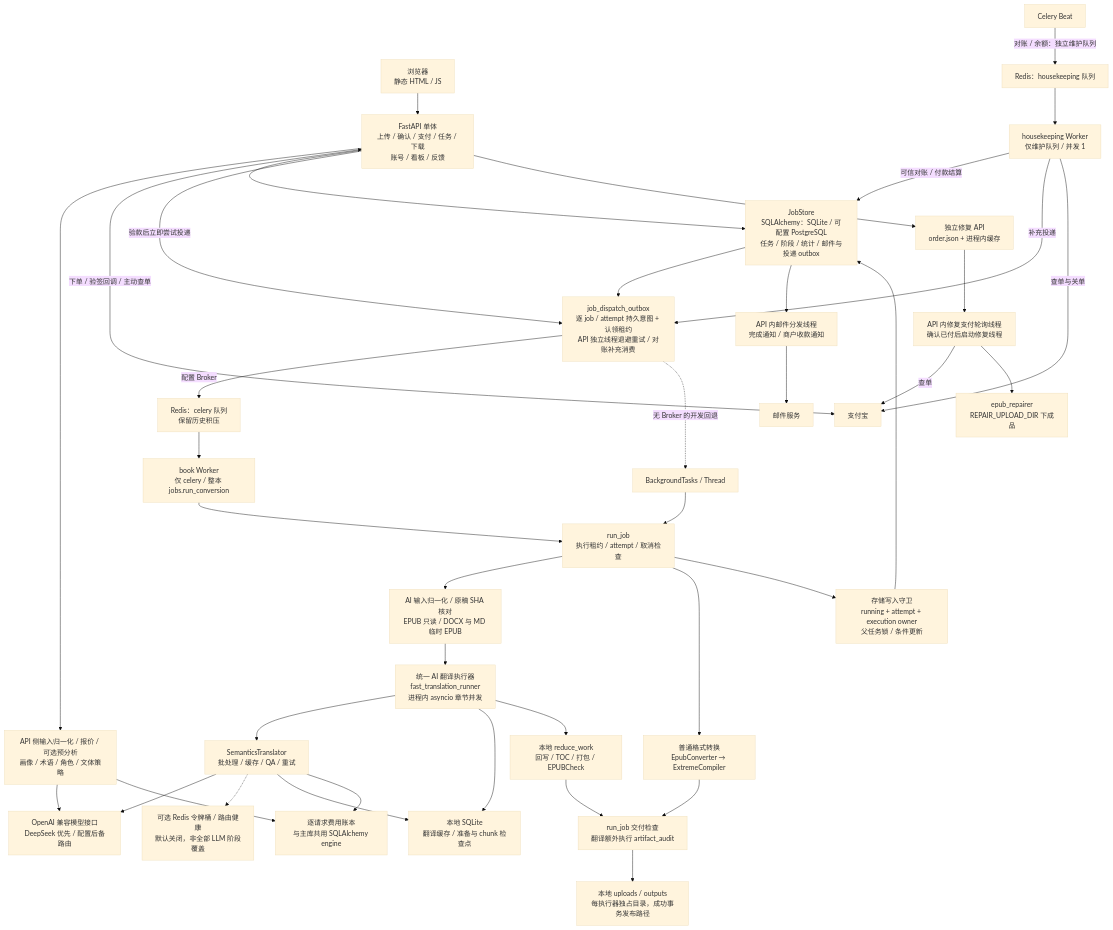
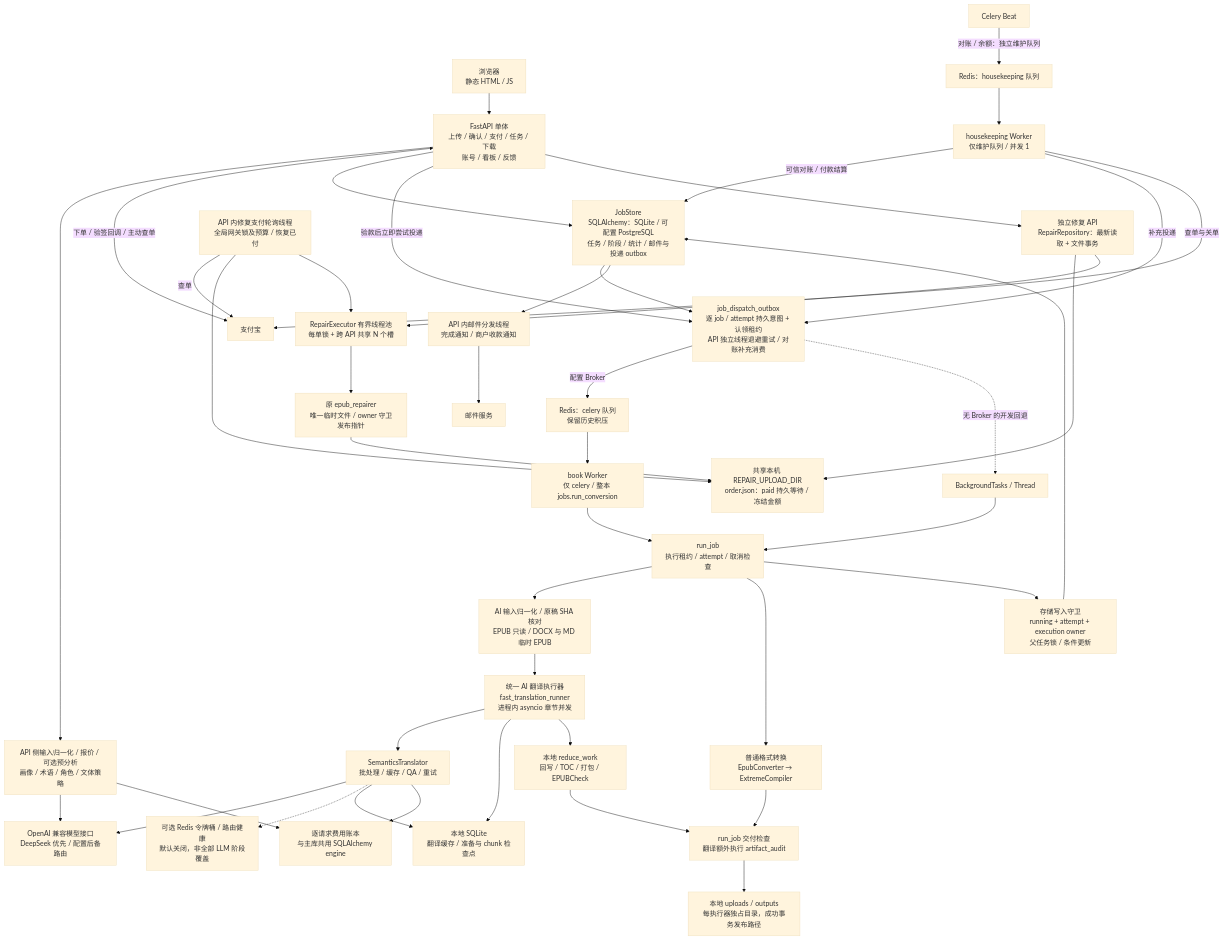
Before and after one commit to zengchanghuan/epub-factory: the first of 6 diagrams in docs/ARCHITECTURE-DIAGRAM.md, drawn with Mermaid (base theme). The commit also changed other lines of this file and 16 other files, not shown here.

````diff
--- a/docs/ARCHITECTURE-DIAGRAM.md
+++ b/docs/ARCHITECTURE-DIAGRAM.md
@@ -21,42 +21,46 @@
 ```mermaid
 flowchart TB
   U["浏览器<br/>静态 HTML / JS"] --> API["FastAPI 单体<br/>上传 / 确认 / 支付 / 任务 / 下载<br/>账号 / 看板 / 反馈"]
   API --> Preflight["API 侧输入归一化 / 报价 / 可选预分析<br/>画像 / 术语 / 角色 / 文体策略"]
   Preflight --> LLM["OpenAI 兼容模型接口<br/>DeepSeek 优先 / 配置后备路由"]
   API <-->|"下单 / 验签回调 / 主动查单"| Pay["支付宝"]
   API --> Store["JobStore<br/>SQLAlchemy：SQLite / 可配置 PostgreSQL<br/>任务 / 阶段 / 统计 / 邮件与投递 outbox"]
   Store --> Dispatch["job_dispatch_outbox<br/>逐 job / attempt 持久意图 + 认领租约<br/>API 独立线程退避重试 / 对账补充消费"]
   API -->|"验款后立即尝试投递"| Dispatch
   Dispatch -->|"配置 Broker"| BookQueue["Redis：celery 队列<br/>保留历史积压"]
   BookQueue --> Worker["book Worker<br/>仅 celery / 整本 jobs.run_conversion"]
   HouseQueue["Redis：housekeeping 队列"] --> HouseWorker["housekeeping Worker<br/>仅维护队列 / 并发 1"]
   HouseWorker -->|"可信对账 / 付款结算"| Store
   HouseWorker -->|"补充投递"| Dispatch
   HouseWorker -->|"查单与关单"| Pay
   Dispatch -.->|"无 Broker 的开发回退"| Local["BackgroundTasks / Thread"]
   Worker --> Runner["run_job<br/>执行租约 / attempt / 取消检查"]
   Local --> Runner
   Runner --> Normalize["AI 输入归一化 / 原稿 SHA 核对<br/>EPUB 只读 / DOCX 与 MD 临时 EPUB"]
   Normalize --> Fast["统一 AI 翻译执行器<br/>fast_translation_runner<br/>进程内 asyncio 章节并发"]
   Runner --> Standard["普通格式转换<br/>EpubConverter → ExtremeCompiler"]
   Fast --> Translator["SemanticsTranslator<br/>批处理 / 缓存 / QA / 重试"]
   Translator --> LLM
   Translator -.-> Guard["可选 Redis 令牌桶 / 路由健康<br/>默认关闭，非全部 LLM 阶段覆盖"]
   Fast --> Cache["本地 SQLite<br/>翻译缓存 / 准备与 chunk 检查点"]
   Translator --> Cache
   Fast --> Reduce["本地 reduce_work<br/>回写 / TOC / 打包 / EPUBCheck"]
   Standard --> Gate["run_job 交付检查<br/>翻译额外执行 artifact_audit"]
   Reduce --> Gate
   Gate --> Files["本地 uploads / outputs<br/>每执行器独占目录，成功事务发布路径"]
   Runner --> Fence["存储写入守卫<br/>running + attempt + execution owner<br/>父任务锁 / 条件更新"]
   Fence --> Store
   Preflight --> Ledger["逐请求费用账本<br/>与主库共用 SQLAlchemy engine"]
   Translator --> Ledger
-  API --> Repair["独立修复 API<br/>order.json + 进程内缓存"]
-  Repair --> RepairWorker["API 内修复支付轮询线程<br/>确认已付后启动修复线程"]
-  RepairWorker -->|"查单"| Pay
-  RepairWorker --> RepairEngine["epub_repairer<br/>REPAIR_UPLOAD_DIR 下成品"]
+  API --> Repair["独立修复 API<br/>RepairRepository：最新读取 + 文件事务"]
+  Repair --> RepairStore["共享本机 REPAIR_UPLOAD_DIR<br/>order.json：paid 持久等待 / 冻结金额"]
+  RepairWorker["API 内修复支付轮询线程<br/>全局网关锁及预算 / 恢复已付"] -->|"查单"| Pay
+  RepairWorker --> RepairStore
+  Repair --> RepairExecutor["RepairExecutor 有界线程池<br/>每单锁 + 跨 API 共享 N 个槽"]
+  RepairWorker --> RepairExecutor
+  RepairExecutor --> RepairEngine["原 epub_repairer<br/>唯一临时文件 / owner 守卫发布指针"]
+  RepairEngine --> RepairStore
   Store --> Mail["API 内邮件分发线程<br/>完成通知 / 商户收款通知"]
   Mail --> SMTP["邮件服务"]
   Beat["Celery Beat"] -->|"对账 / 余额：独立维护队列"| HouseQueue
 ```
````
